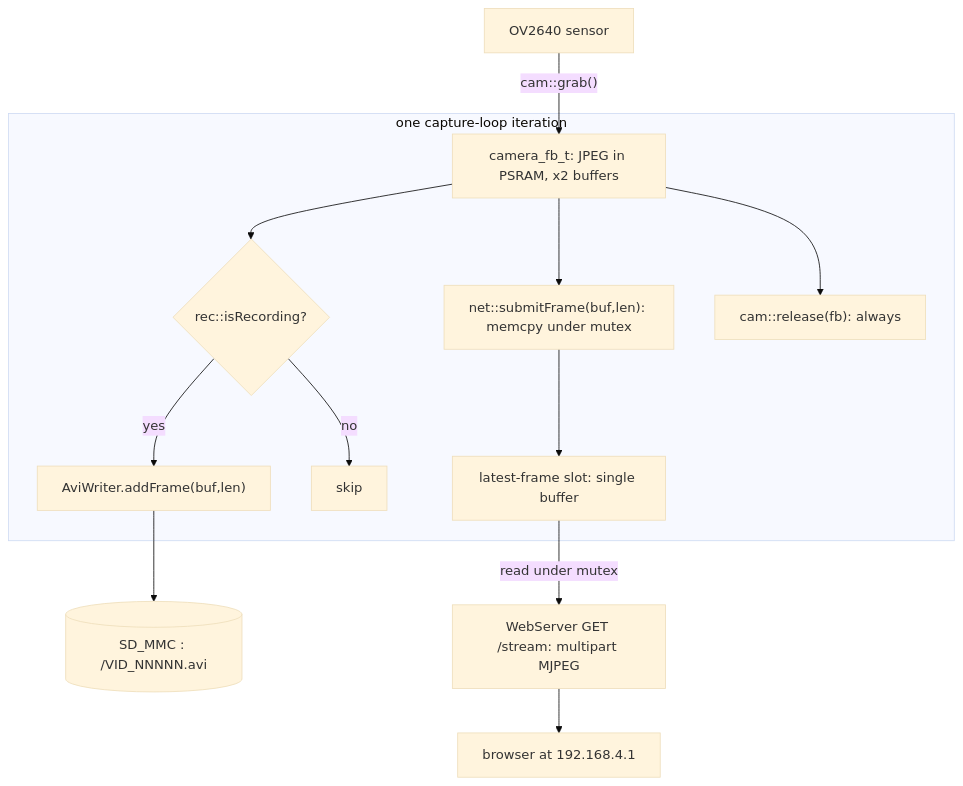
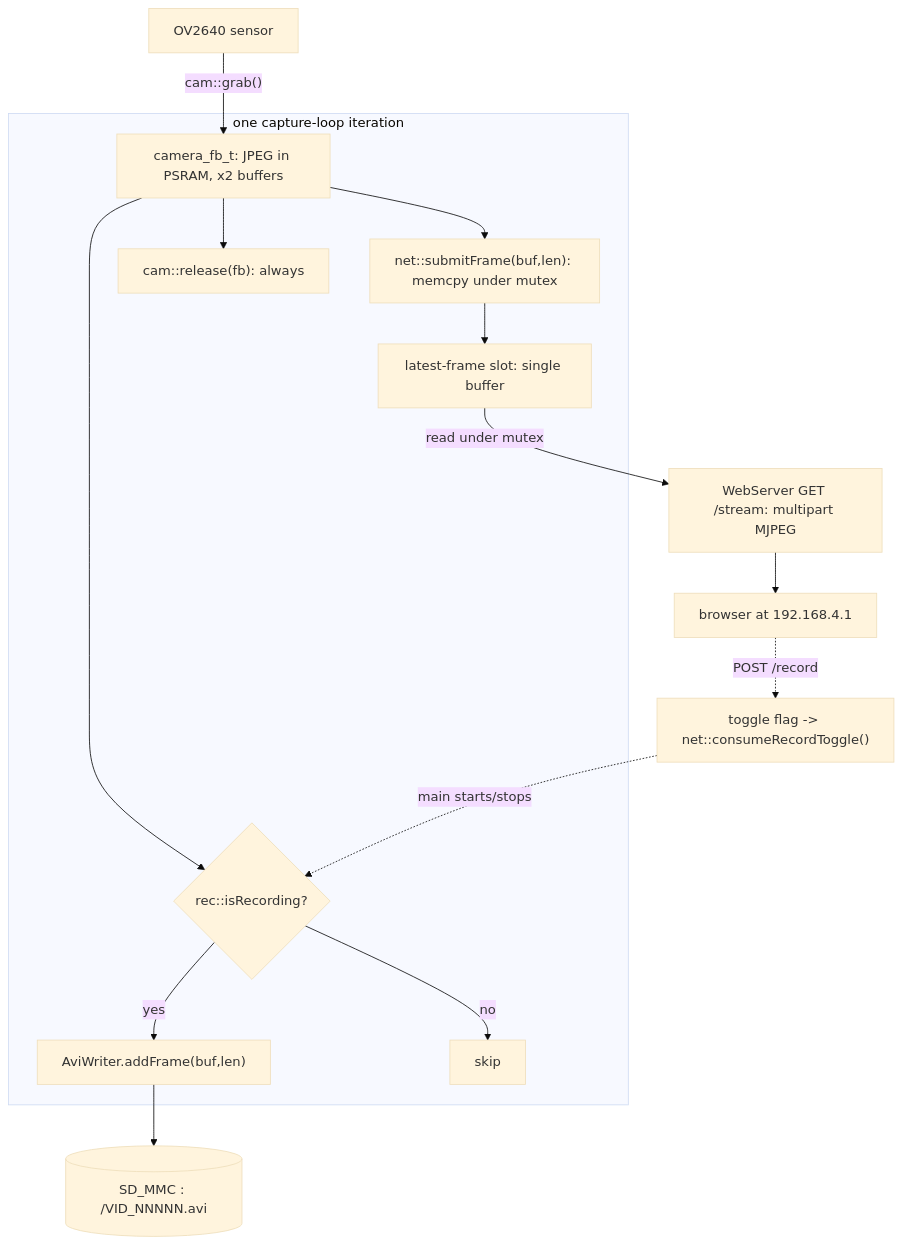
Before and after one commit to Entity014/EYES_Perception: the diagram in docs/superpowers/specs/2026-09-08-xiao-cam-stream-record-design.md, drawn with Mermaid (base theme). The commit also changed other lines of this file, not shown here.

Commit message:
Drop physical BOOT button: web UI is the only record trigger; button lib -> led lib

````diff
--- a/docs/superpowers/specs/2026-09-08-xiao-cam-stream-record-design.md
+++ b/docs/superpowers/specs/2026-09-08-xiao-cam-stream-record-design.md
@@ -300,17 +302,19 @@
 ```mermaid
 flowchart TD
     CAM["OV2640 sensor"] -->|"cam::grab()"| FB["camera_fb_t: JPEG in PSRAM, x2 buffers"]
 
     subgraph LOOP ["one capture-loop iteration"]
         FB --> REC{"rec::isRecording?"}
         REC -->|yes| ADD["AviWriter.addFrame(buf,len)"]
         REC -->|no| SKIP["skip"]
         FB --> SUB["net::submitFrame(buf,len): memcpy under mutex"]
         SUB --> SLOT["latest-frame slot: single buffer"]
         FB --> REL["cam::release(fb): always"]
     end
 
     ADD --> SDCARD[("SD_MMC : /VID_NNNNN.avi")]
     SLOT -->|"read under mutex"| STREAM["WebServer GET /stream: multipart MJPEG"]
     STREAM --> CLIENT["browser at 192.168.4.1"]
+    CLIENT -.->|"POST /record"| TOGGLE["toggle flag -> net::consumeRecordToggle()"]
+    TOGGLE -.->|"main starts/stops"| REC
 ```
````
